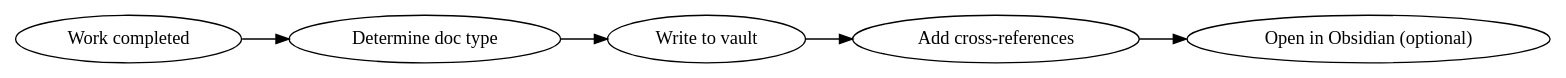
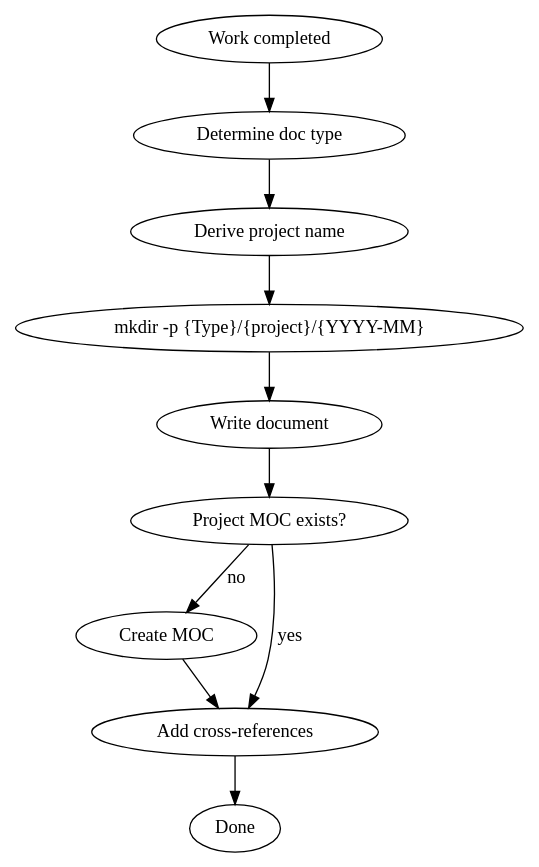
One commit to moyuu-az/claude-mode-md changed the diagram in skills/obsidian-doc/SKILL.md. Above: the diagram before and after it, drawn with Graphviz. The commit also changed other lines of this file and 2 other files, not shown here.

````diff
--- a/skills/obsidian-doc/SKILL.md
+++ b/skills/obsidian-doc/SKILL.md
@@ -123,9 +235,14 @@
 ```dot
 digraph doc_flow {
-    rankdir=LR;
+    rankdir=TB;
     "Work completed" -> "Determine doc type";
-    "Determine doc type" -> "Write to vault";
-    "Write to vault" -> "Add cross-references";
-    "Add cross-references" -> "Open in Obsidian (optional)";
+    "Determine doc type" -> "Derive project name";
+    "Derive project name" -> "mkdir -p {Type}/{project}/{YYYY-MM}";
+    "mkdir -p {Type}/{project}/{YYYY-MM}" -> "Write document";
+    "Write document" -> "Project MOC exists?";
+    "Project MOC exists?" -> "Create MOC" [label="no"];
+    "Project MOC exists?" -> "Add cross-references" [label="yes"];
+    "Create MOC" -> "Add cross-references";
+    "Add cross-references" -> "Done";
 }
 ```
````
